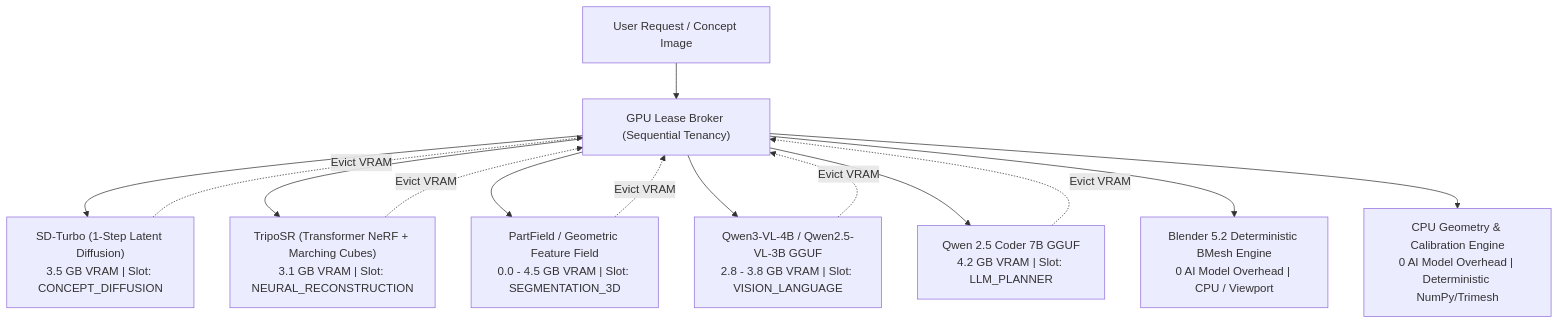
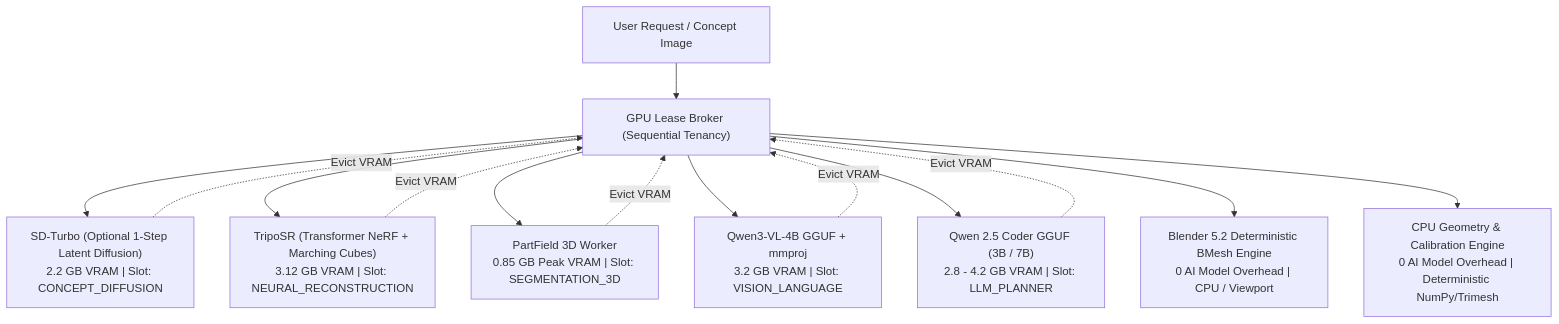
Before and after one commit to Kernlab-001/local-mesh-ai: the diagram in docs/LOCAL_AI_MODEL_SELECTION_GUIDE.md, drawn with Mermaid. The commit also changed other lines of this file and 14 other files, not shown here.

````diff
--- a/docs/LOCAL_AI_MODEL_SELECTION_GUIDE.md
+++ b/docs/LOCAL_AI_MODEL_SELECTION_GUIDE.md
@@ -14,16 +15,16 @@
 ```mermaid
 graph TD
     User["User Request / Concept Image"] --> Broker["GPU Lease Broker (Sequential Tenancy)"]
-    Broker --> Diffusion["SD-Turbo (1-Step Latent Diffusion)<br>3.5 GB VRAM | Slot: CONCEPT_DIFFUSION"]
+    Broker --> Diffusion["SD-Turbo (Optional 1-Step Latent Diffusion)<br>2.2 GB VRAM | Slot: CONCEPT_DIFFUSION"]
     Diffusion -.->|Evict VRAM| Broker
-    Broker --> Recon["TripoSR (Transformer NeRF + Marching Cubes)<br>3.1 GB VRAM | Slot: NEURAL_RECONSTRUCTION"]
+    Broker --> Recon["TripoSR (Transformer NeRF + Marching Cubes)<br>3.12 GB VRAM | Slot: NEURAL_RECONSTRUCTION"]
     Recon -.->|Evict VRAM| Broker
-    Broker --> Seg["PartField / Geometric Feature Field<br>0.0 - 4.5 GB VRAM | Slot: SEGMENTATION_3D"]
+    Broker --> Seg["PartField 3D Worker<br>0.85 GB Peak VRAM | Slot: SEGMENTATION_3D"]
     Seg -.->|Evict VRAM| Broker
-    Broker --> VLM["Qwen3-VL-4B / Qwen2.5-VL-3B GGUF<br>2.8 - 3.8 GB VRAM | Slot: VISION_LANGUAGE"]
+    Broker --> VLM["Qwen3-VL-4B GGUF + mmproj<br>3.2 GB VRAM | Slot: VISION_LANGUAGE"]
     VLM -.->|Evict VRAM| Broker
-    Broker --> LLM["Qwen 2.5 Coder 7B GGUF<br>4.2 GB VRAM | Slot: LLM_PLANNER"]
+    Broker --> LLM["Qwen 2.5 Coder GGUF (3B / 7B)<br>2.8 - 4.2 GB VRAM | Slot: LLM_PLANNER"]
     LLM -.->|Evict VRAM| Broker
     Broker --> Blender["Blender 5.2 Deterministic BMesh Engine<br>0 AI Model Overhead | CPU / Viewport"]
     Broker --> GeoEngine["CPU Geometry & Calibration Engine<br>0 AI Model Overhead | Deterministic NumPy/Trimesh"]
 ```
````
